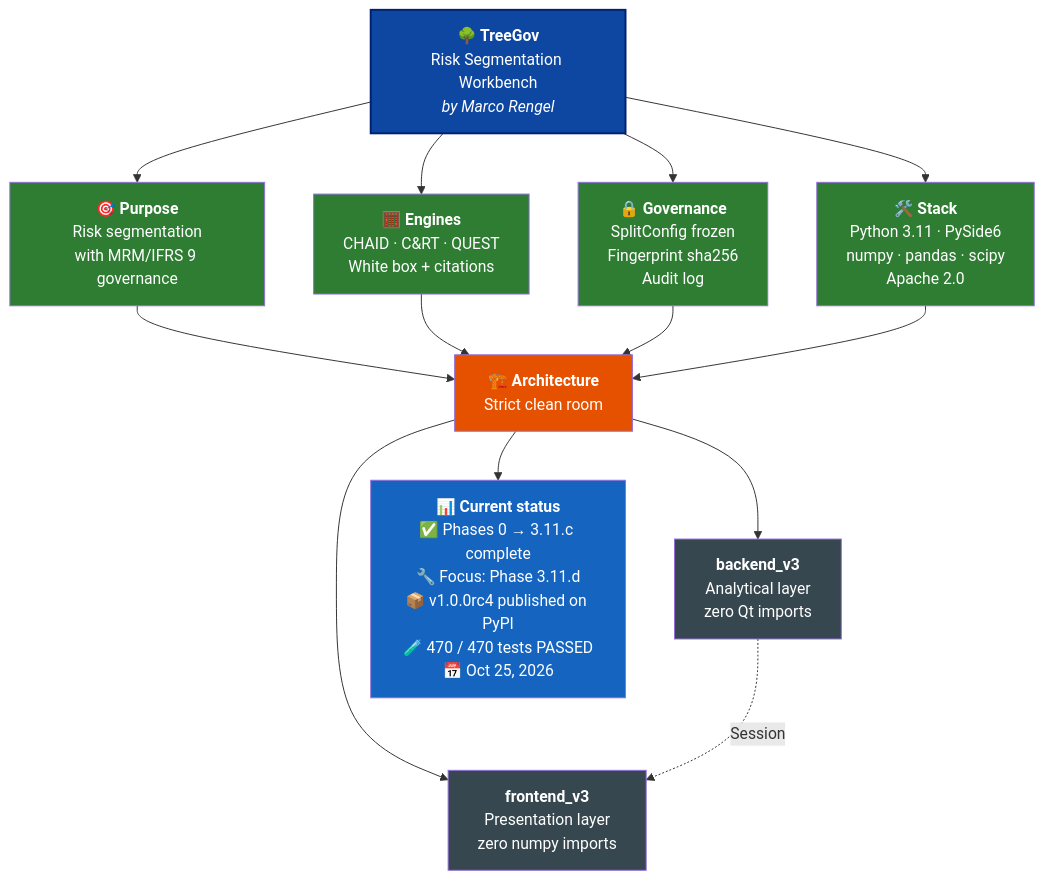
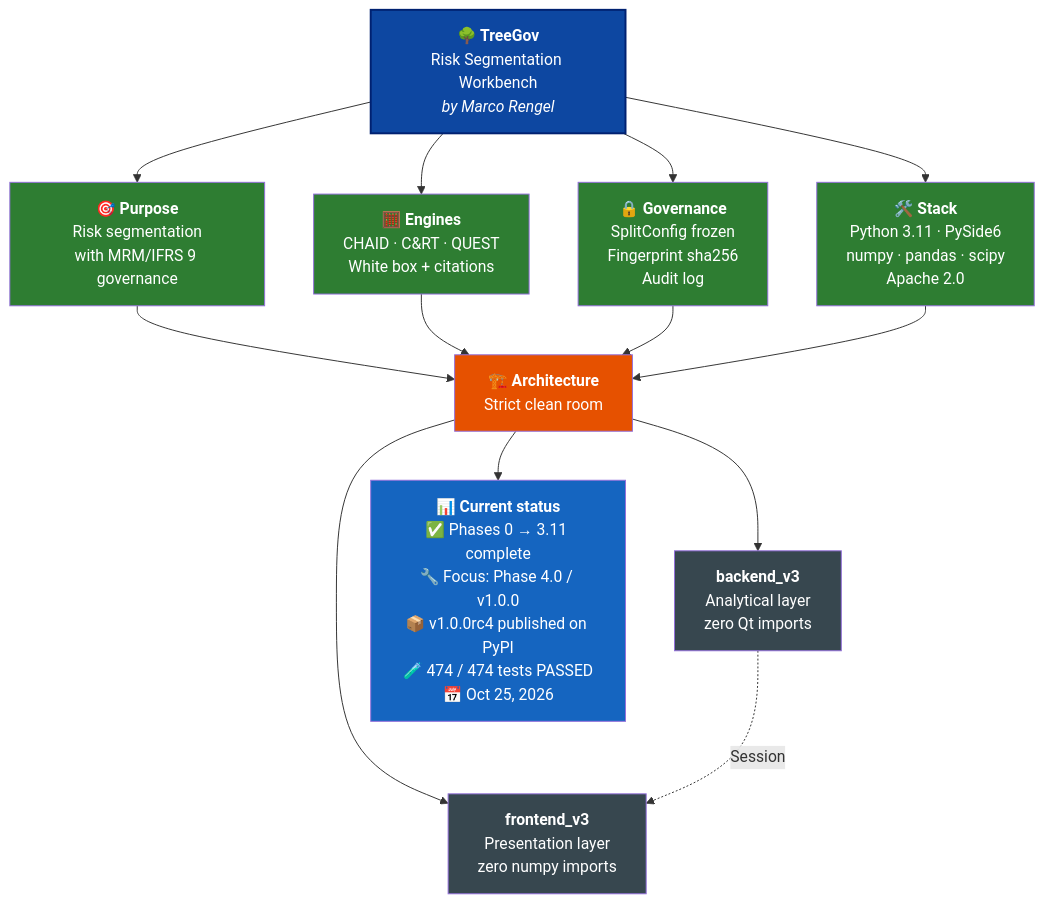
One commit to Marco-Rengel/treegov changed the diagram in README.md. Above: the diagram before and after it, drawn with Mermaid. The commit also changed other lines of this file and 10 other files, not shown here.

````diff
--- a/README.md
+++ b/README.md
@@ -38,31 +38,31 @@
 ```mermaid
 flowchart TB
     TG["<b>🌳 TreeGov</b><br/>Risk Segmentation Workbench<br/><i>by Marco Rengel</i>"]
 
     TG --> P["<b>🎯 Purpose</b><br/>Risk segmentation<br/>with MRM/IFRS 9 governance"]
     TG --> M["<b>🧮 Engines</b><br/>CHAID · C&RT · QUEST<br/>White box + citations"]
     TG --> G["<b>🔒 Governance</b><br/>SplitConfig frozen<br/>Fingerprint sha256<br/>Audit log"]
     TG --> S["<b>🛠️ Stack</b><br/>Python 3.11 · PySide6<br/>numpy · pandas · scipy<br/>Apache 2.0"]
 
     P --> ARQ["<b>🏗️ Architecture</b><br/>Strict clean room"]
     M --> ARQ
     G --> ARQ
     S --> ARQ
 
     ARQ --> BE["<b>backend_v3</b><br/>Analytical layer<br/>zero Qt imports"]
     ARQ --> FE["<b>frontend_v3</b><br/>Presentation layer<br/>zero numpy imports"]
 
     BE -.->|Session| FE
 
-    ARQ --> ST["<b>📊 Current status</b><br/>✅ Phases 0 → 3.11.c complete<br/>🔧 Focus: Phase 3.11.d<br/>📦 v1.0.0rc4 published on PyPI<br/>🧪 470 / 470 tests PASSED<br/>📅 Oct 25, 2026"]
+    ARQ --> ST["<b>📊 Current status</b><br/>✅ Phases 0 → 3.11 complete<br/>🔧 Focus: Phase 4.0 / v1.0.0<br/>📦 v1.0.0rc4 published on PyPI<br/>🧪 474 / 474 tests PASSED<br/>📅 Oct 25, 2026"]
 
     style TG fill:#0D47A1,color:#fff,stroke:#002171,stroke-width:2px
     style P fill:#2E7D32,color:#fff
     style M fill:#2E7D32,color:#fff
     style G fill:#2E7D32,color:#fff
     style S fill:#2E7D32,color:#fff
     style ARQ fill:#E65100,color:#fff
     style BE fill:#37474F,color:#fff
     style FE fill:#37474F,color:#fff
     style ST fill:#1565C0,color:#fff
 ```
````
